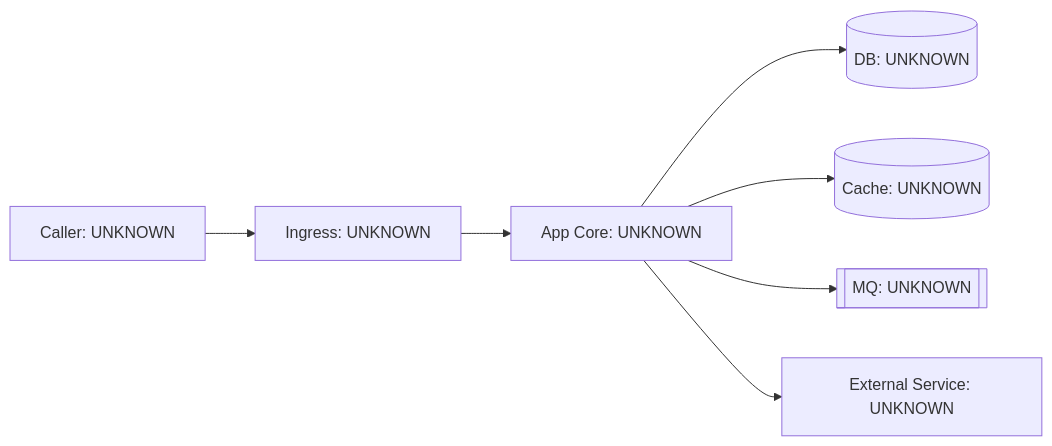
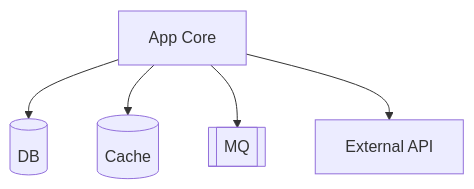
The second of 6 diagrams in templates/02-system-diagrams.md (WangXianan456/repo-global-map), drawn with Mermaid before and after one commit. The commit also changed other lines of this file and 5 other files, not shown here.

Commit message:
docs: improve Obsidian diagram readability

````diff
--- a/templates/02-system-diagrams.md
+++ b/templates/02-system-diagrams.md
@@ -5,9 +39,7 @@
 ```mermaid
-flowchart LR
-Caller[Caller: UNKNOWN] --> Ingress[Ingress: UNKNOWN]
-Ingress --> App[App Core: UNKNOWN]
-App --> DB[(DB: UNKNOWN)]
-App --> Cache[(Cache: UNKNOWN)]
-App --> MQ[[MQ: UNKNOWN]]
-App --> Ext[External Service: UNKNOWN]
+flowchart TD
+App[App Core] --> DB[(DB)]
+App --> Cache[(Cache)]
+App --> MQ[[MQ]]
+App --> Ext[External API]
 ```
````
